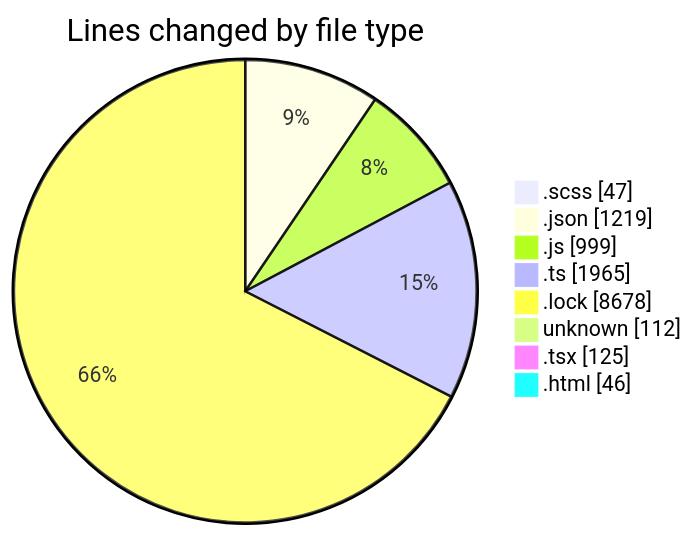
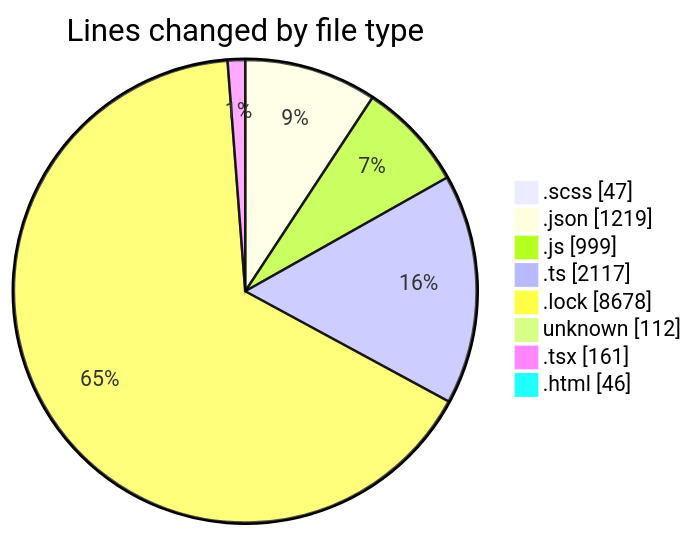
Before and after one commit to momahboobian/code-tracking: the first of 2 diagrams in 2026-04-21/cda/README.md, drawn with Mermaid. The commit also changed other lines of this file and 1 other file, not shown here.

````diff
--- a/2026-04-21/cda/README.md
+++ b/2026-04-21/cda/README.md
@@ -51,12 +52,12 @@
 ```mermaid
 pie showData
 title Lines changed by file type
 ".scss" : 47
 ".json" : 1219
 ".js" : 999
-".ts" : 1965
+".ts" : 2117
 ".lock" : 8678
 "unknown" : 112
-".tsx" : 125
+".tsx" : 161
 ".html" : 46
 ```
````
